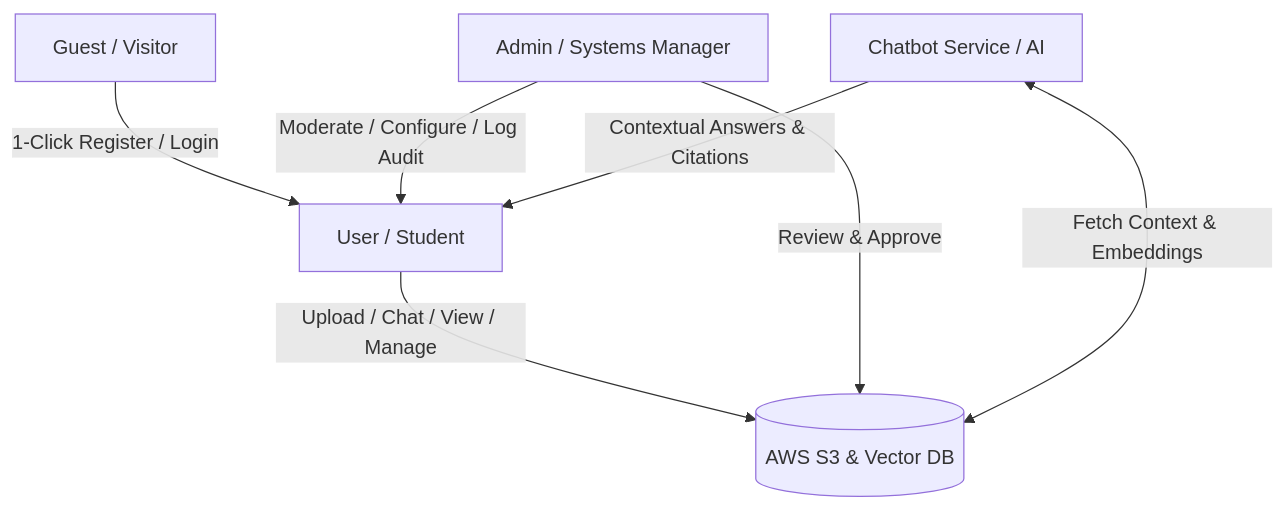
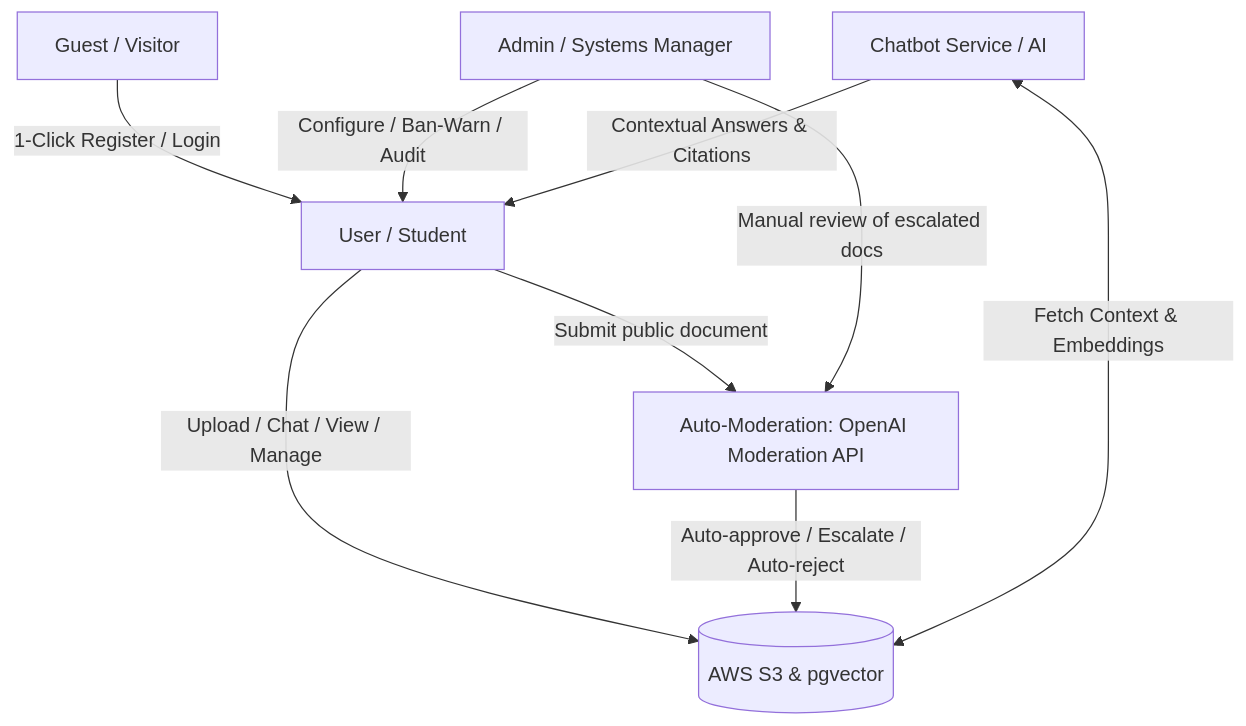
One commit to SWP-SUM26-AI-STUDY-HUB/ai-study-hub-api changed the diagram in docs/project_context.md. Above: the diagram before and after it, drawn with Mermaid. The commit also changed other lines of this file and 13 other files, not shown here.

````diff
--- a/docs/project_context.md
+++ b/docs/project_context.md
@@ -40,9 +40,11 @@
 ```mermaid
 graph TD
     Guest[Guest / Visitor] -->|1-Click Register / Login| User[User / Student]
-    User -->|Upload / Chat / View / Manage| Storage[(AWS S3 & Vector DB)]
-    Admin[Admin / Systems Manager] -->|Moderate / Configure / Log Audit| User
-    Admin -->|Review & Approve| Storage
+    User -->|Upload / Chat / View / Manage| Storage[(AWS S3 & pgvector)]
+    User -->|Submit public document| ModQueue[Auto-Moderation: OpenAI Moderation API]
+    ModQueue -->|Auto-approve / Escalate / Auto-reject| Storage
+    Admin[Admin / Systems Manager] -->|Configure / Ban-Warn / Audit| User
+    Admin -->|Manual review of escalated docs| ModQueue
     ChatbotService[Chatbot Service / AI] <-->|Fetch Context & Embeddings| Storage
     ChatbotService -->|Contextual Answers & Citations| User
 ```
````
